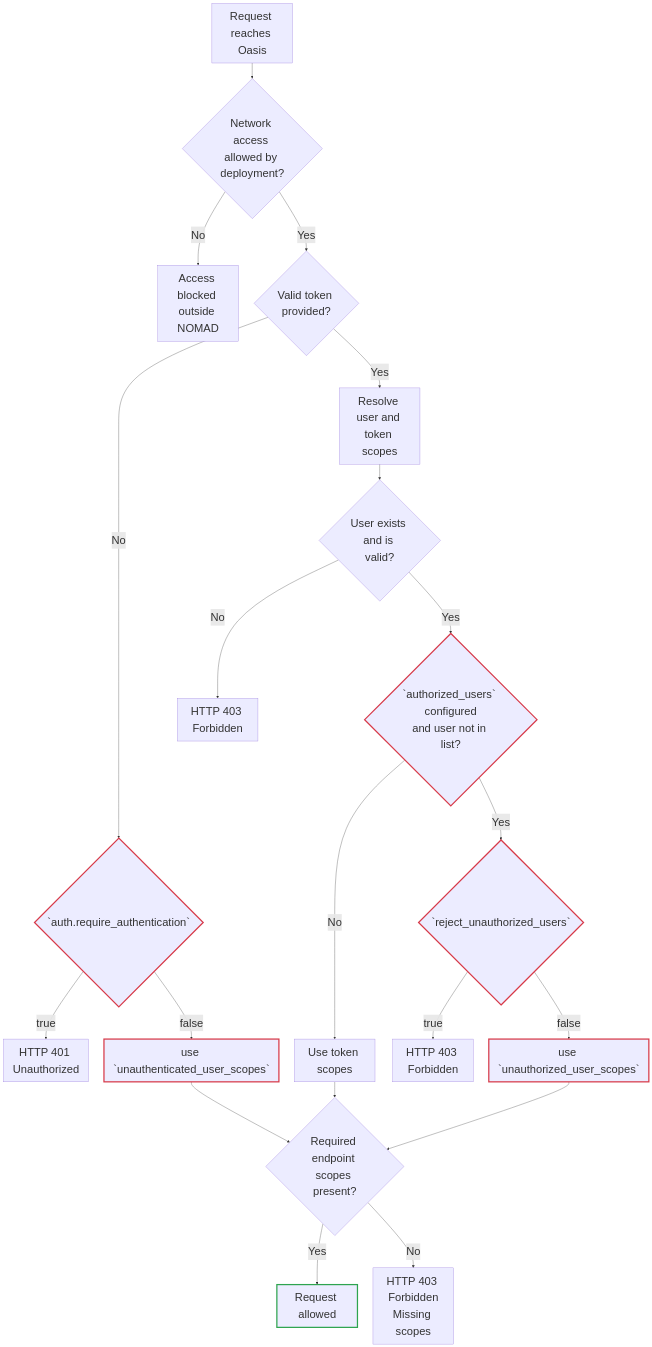
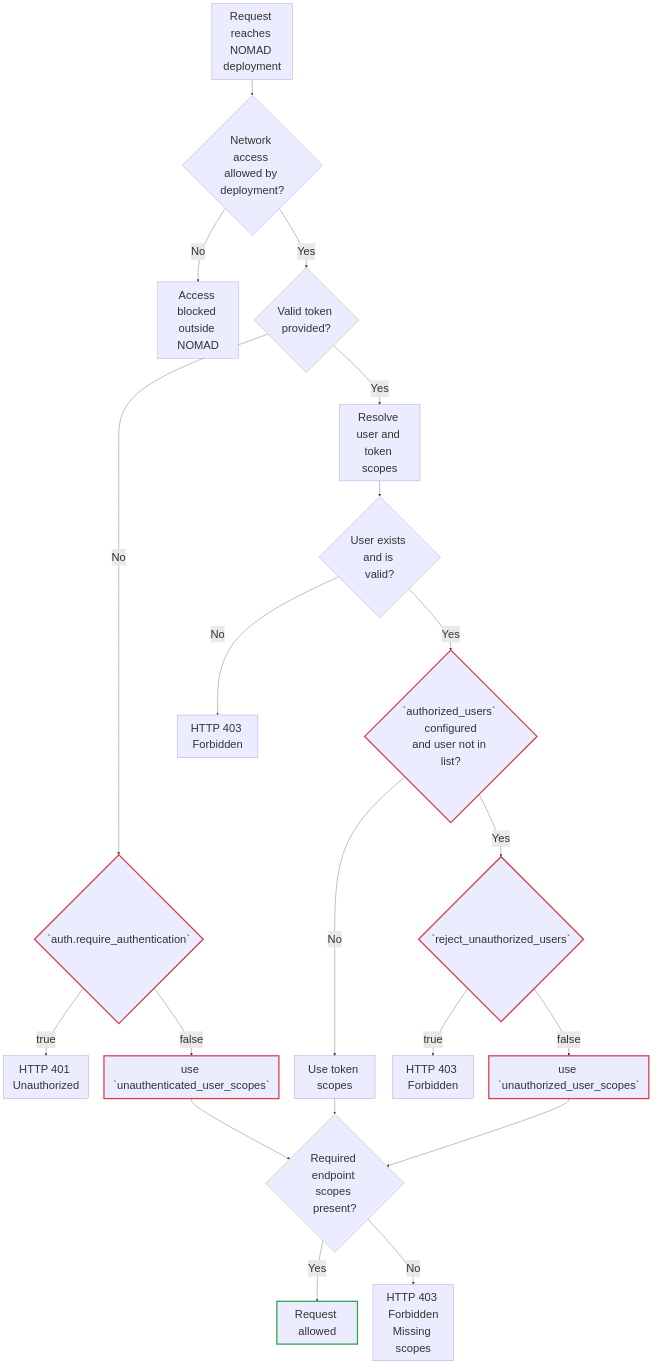
Before and after one commit to FAIRmat-NFDI/nomad-docs: the diagram in docs/explanation/auth.md, drawn with Mermaid. The commit also changed other lines of this file and 2 other files, not shown here.

````diff
--- a/docs/explanation/auth.md
+++ b/docs/explanation/auth.md
@@ -12,38 +13,38 @@
 ```mermaid
 %%{init:{
   'themeVariables': {
     'fontSize': '36px'
   }
 }}%%
 flowchart TD
-    A[Request reaches Oasis] --> B{Network access allowed by deployment?}
+    A[Request reaches NOMAD deployment] --> B{Network access allowed by deployment?}
     B -- No --> X[Access blocked outside NOMAD]
     B -- Yes --> C{Valid token provided?}
 
     C -- No --> D{`auth.require_authentication`}
     D -- true --> Y[HTTP 401 Unauthorized]
     D -- false --> E[use `unauthenticated_user_scopes`]
 
     C -- Yes --> F[Resolve user and token scopes]
     F --> G{User exists and is valid?}
     G -- No --> Z[HTTP 403 Forbidden]
     G -- Yes --> H{`authorized_users` configured<br/>and user not in list?}
 
     H -- No --> I[Use token scopes]
     H -- Yes --> J{`reject_unauthorized_users`}
     J -- true --> K[HTTP 403 Forbidden]
     J -- false --> L[use `unauthorized_user_scopes`]
 
     E --> M{Required endpoint scopes present?}
     I --> M
     L --> M
 
     M -- Yes --> N[Request allowed]
     M -- No --> O[HTTP 403 Forbidden<br/>Missing scopes]
 
     class D,E,H,J,L config
     class N success
 
     classDef config stroke:#d73a49,stroke-width:4px;
     classDef success stroke:#2ea44f,stroke-width:4px;
 ```
````
